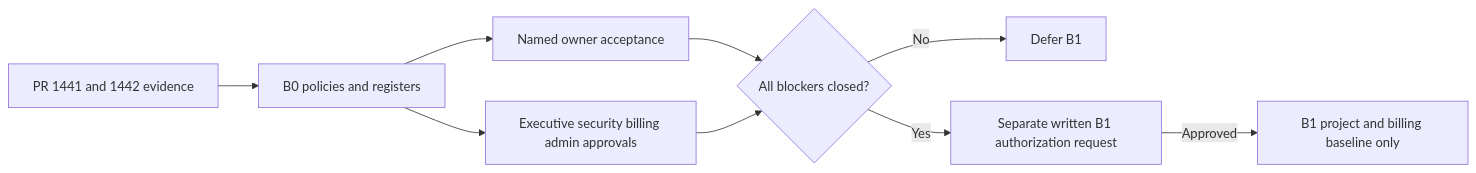
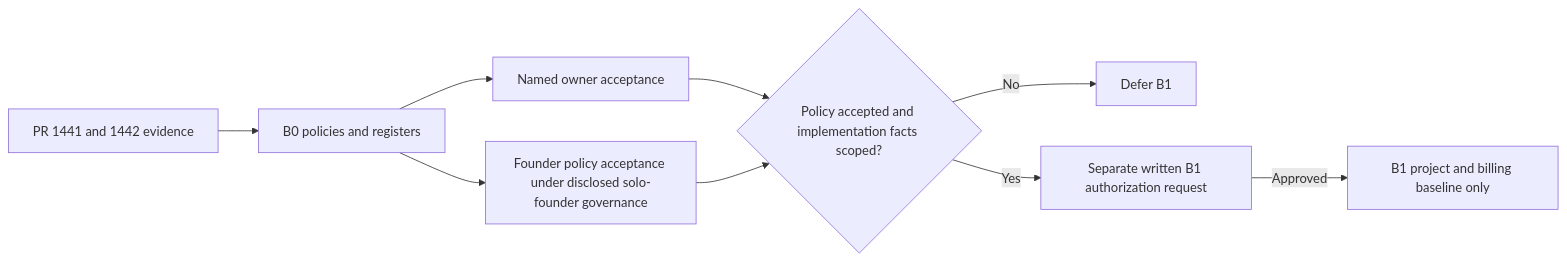
One commit to rentchaincanada/rentchain changed the diagram in docs/strategy/preview-infrastructure/phase-b-b0-administrative-prerequisites.md. Above: the diagram before and after it, drawn with Mermaid. The commit also changed other lines of this file and 12 other files, not shown here.

Commit message:
docs: record solo-founder B0 approvals

````diff
--- a/docs/strategy/preview-infrastructure/phase-b-b0-administrative-prerequisites.md
+++ b/docs/strategy/preview-infrastructure/phase-b-b0-administrative-prerequisites.md
@@ -19,11 +25,11 @@
 ```mermaid
 flowchart LR
   E[PR 1441 and 1442 evidence] --> P[B0 policies and registers]
   P --> O[Named owner acceptance]
-  P --> A[Executive security billing admin approvals]
-  O --> R{All blockers closed?}
+  P --> A[Founder policy acceptance under disclosed solo-founder governance]
+  O --> R{Policy accepted and implementation facts scoped?}
   A --> R
   R -->|No| D[Defer B1]
   R -->|Yes| S[Separate written B1 authorization request]
   S -->|Approved| B1[B1 project and billing baseline only]
 ```
````
